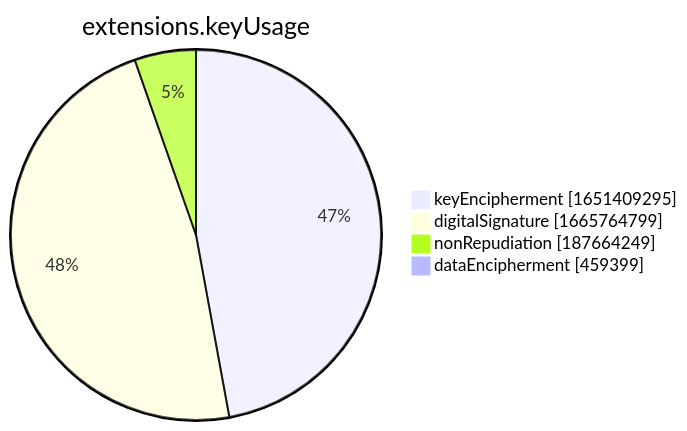
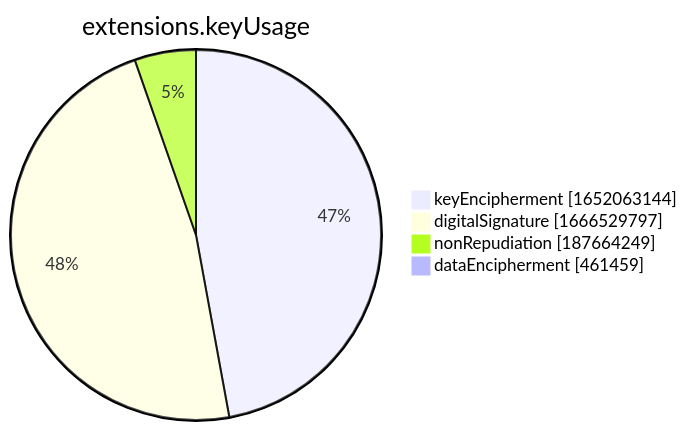
One commit to christiankrug/ctmonitor_visualization changed the seventh of 15 diagrams in xenon2022/README.md. Above: the diagram before and after it, drawn with Mermaid. The commit also changed other lines of this file, not shown here.

````diff
--- a/xenon2022/README.md
+++ b/xenon2022/README.md
@@ -2857,8 +2857,8 @@
 ```mermaid
 pie showData
 title extensions.keyUsage
-"keyEncipherment" :1651409295
-"digitalSignature" :1665764799
+"keyEncipherment" :1652063144
+"digitalSignature" :1666529797
 "nonRepudiation" :187664249
-"dataEncipherment" :459399
+"dataEncipherment" :461459
 ```
````
